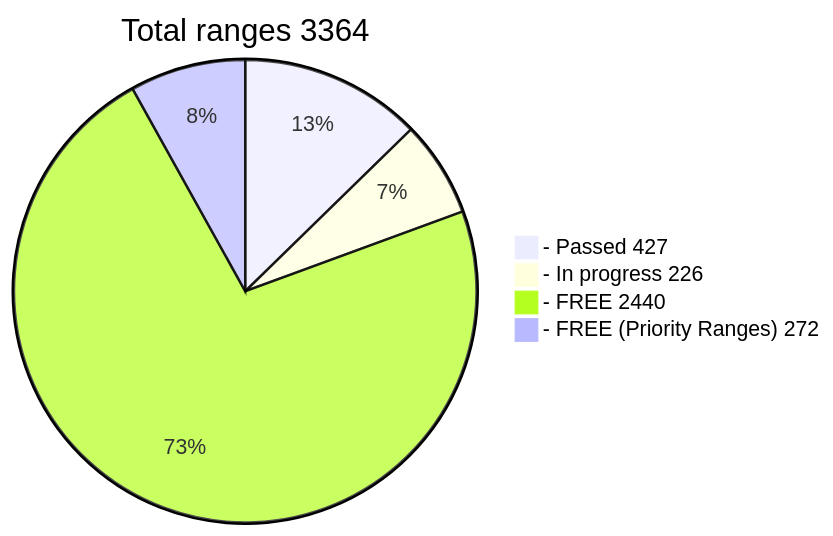
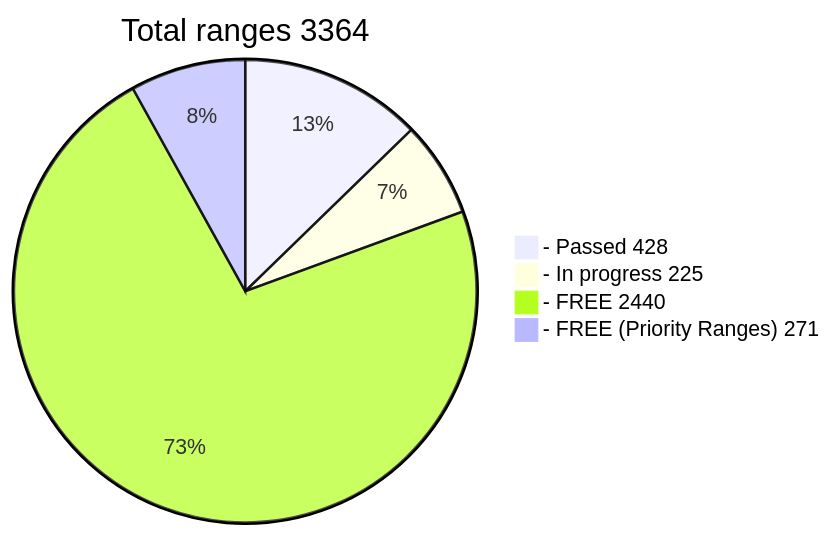
Before and after one commit to phrutis/wif500: the diagram in README.md, drawn with Mermaid.

````diff
--- a/README.md
+++ b/README.md
@@ -16,7 +16,7 @@
 ```mermaid
 pie title Total ranges 3364
-  "- Passed 427" : 427
-  "- In progress 226" : 226
+  "- Passed 428" : 428
+  "- In progress 225" : 225
   "- FREE 2440" : 2440
-  "- FREE (Priority Ranges) 272" : 272
+  "- FREE (Priority Ranges) 271" : 271
 ```
````
